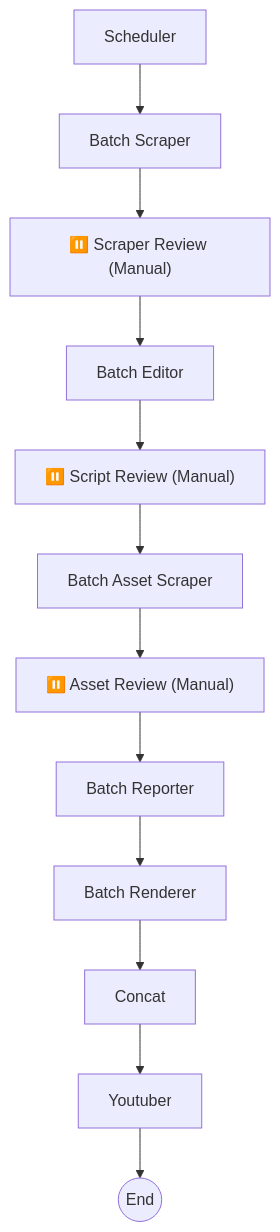
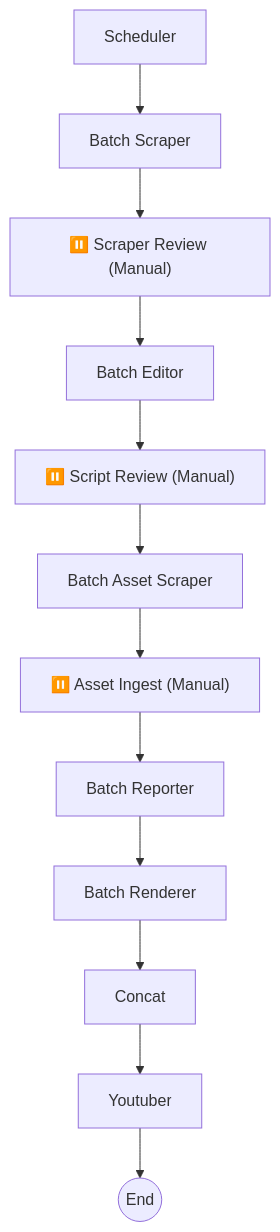
The diagram in README.md (Joey-Chow/NewsGenerator), drawn with Mermaid before and after one commit. The commit also changed other lines of this file and 6 other files, not shown here.

````diff
--- a/README.md
+++ b/README.md
@@ -21,14 +21,14 @@
 ```mermaid
 graph TD
     S[Scheduler] --> B[Batch Scraper]
     B --> BS["⏸️ Scraper Review (Manual)"]
     BS --> E[Batch Editor]
     E --> SR["⏸️ Script Review (Manual)"]
     SR --> AS[Batch Asset Scraper]
-    AS --> AR["⏸️ Asset Review (Manual)"]
-    AR --> R[Batch Reporter]
+    AS --> AI["⏸️ Asset Ingest (Manual)"]
+    AI --> R[Batch Reporter]
     R --> BR[Batch Renderer]
     BR --> C[Concat]
     C --> Y[Youtuber]
     Y --> END((End))
 ```
````
